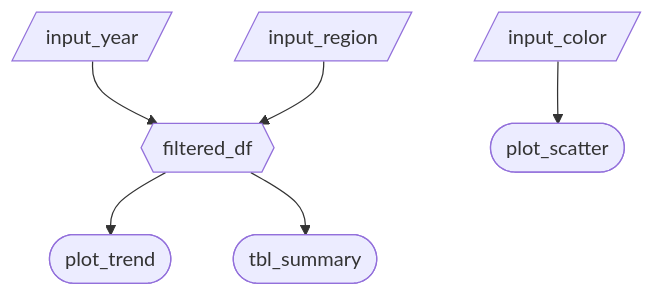
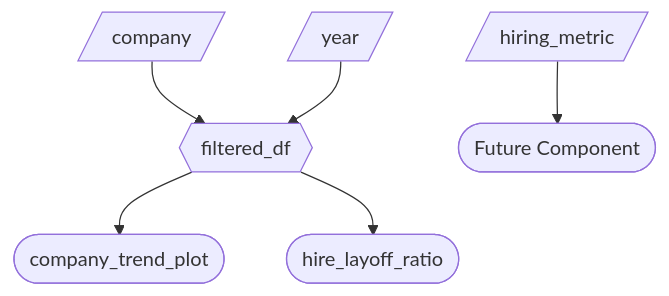
Before and after one commit to UBC-MDS/DSCI-532_2025_11_appname: the diagram in reports/m2_spec.md, drawn with Mermaid. The commit also changed other lines of this file, not shown here.

Commit message:
Update job stories progrress, component inventory table, and calculation details

````diff
--- a/reports/m2_spec.md
+++ b/reports/m2_spec.md
@@ -37,8 +31,8 @@
 ```mermaid
 flowchart TD
-  A[/input_year/] --> F{{filtered_df}}
-  B[/input_region/] --> F
-  F --> P1([plot_trend])
-  F --> P2([tbl_summary])
-  C[/input_color/] --> P3([plot_scatter])
+  A[/company/] --> F{{filtered_df}}
+  B[/year/] --> F
+  F --> P1([company_trend_plot])
+  F --> P2([hire_layoff_ratio])
+  C[/hiring_metric/] --> P3([Future Component])
 ```
````
